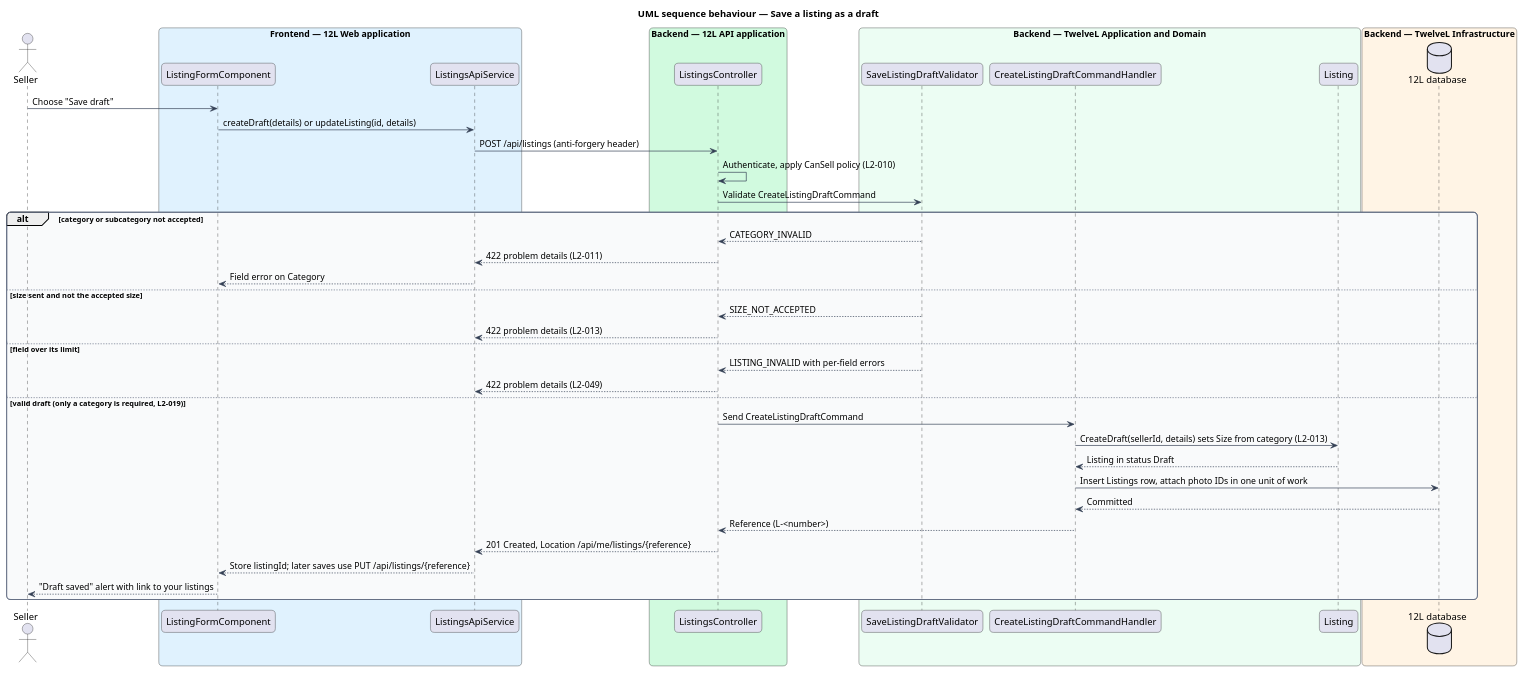
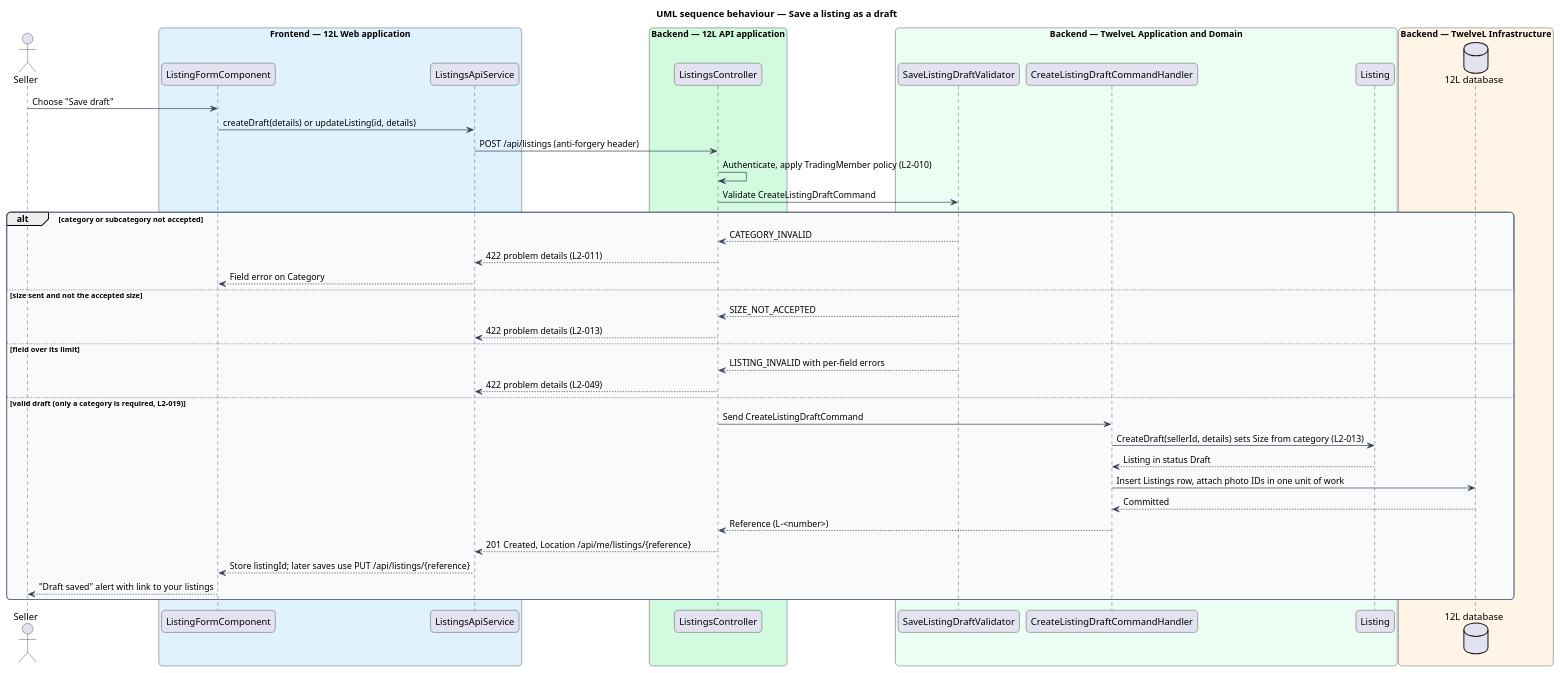
One commit to QuinntyneBrown/12l changed the diagram in docs/detailed-designs/listings/create-listing/diagrams/sequence-save-draft.puml. Above: the diagram before and after it, drawn with PlantUML. The commit also changed 145 other files, not shown here.

```diff
--- a/docs/detailed-designs/listings/create-listing/diagrams/sequence-save-draft.puml
+++ b/docs/detailed-designs/listings/create-listing/diagrams/sequence-save-draft.puml
@@ -1,59 +1,59 @@
 @startuml
 title UML sequence behaviour — Save a listing as a draft
 skinparam backgroundColor #FFFFFF
 skinparam shadowing false
 skinparam roundcorner 12
 skinparam defaultFontName Arial
 skinparam ArrowColor #344054
 skinparam rectangle {
   BorderColor #344054
   FontColor #101828
 }
 skinparam package {
   BorderColor #667085
   FontColor #101828
   BackgroundColor #F9FAFB
 }
 actor "Seller" as actor
 box "Frontend — 12L Web application" #E0F2FE
   participant "ListingFormComponent" as form
   participant "ListingsApiService" as client
 end box
 box "Backend — 12L API application" #D1FADF
   participant "ListingsController" as controller
 end box
 box "Backend — TwelveL Application and Domain" #ECFDF3
   participant "SaveListingDraftValidator" as validator
   participant "CreateListingDraftCommandHandler" as handler
   participant "Listing" as entity
 end box
 box "Backend — TwelveL Infrastructure" #FFF4E5
   database "12L database" as db
 end box
 actor -> form : Choose "Save draft"
 form -> client : createDraft(details) or updateListing(id, details)
 client -> controller : POST /api/listings (anti-forgery header)
-controller -> controller : Authenticate, apply CanSell policy (L2-010)
+controller -> controller : Authenticate, apply TradingMember policy (L2-010)
 controller -> validator : Validate CreateListingDraftCommand
 alt category or subcategory not accepted
   validator --> controller : CATEGORY_INVALID
   controller --> client : 422 problem details (L2-011)
   client --> form : Field error on Category
 else size sent and not the accepted size
   validator --> controller : SIZE_NOT_ACCEPTED
   controller --> client : 422 problem details (L2-013)
 else field over its limit
   validator --> controller : LISTING_INVALID with per-field errors
   controller --> client : 422 problem details (L2-049)
 else valid draft (only a category is required, L2-019)
   controller -> handler : Send CreateListingDraftCommand
   handler -> entity : CreateDraft(sellerId, details) sets Size from category (L2-013)
   entity --> handler : Listing in status Draft
   handler -> db : Insert Listings row, attach photo IDs in one unit of work
   db --> handler : Committed
   handler --> controller : Reference (L-<number>)
   controller --> client : 201 Created, Location /api/me/listings/{reference}
   client --> form : Store listingId; later saves use PUT /api/listings/{reference}
   form --> actor : "Draft saved" alert with link to your listings
 end
 @enduml
```
